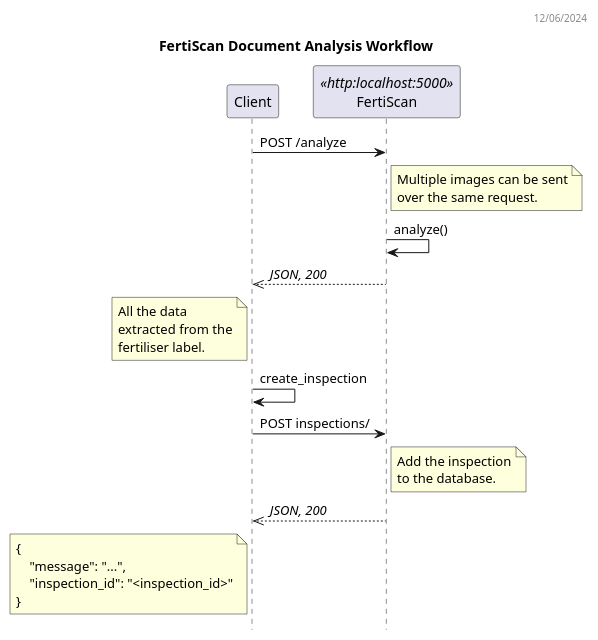
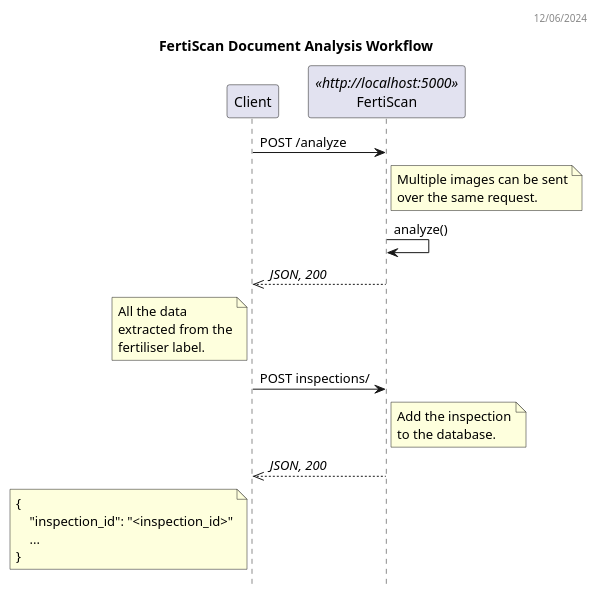
The diagram in docs/plantuml/workflow_dss.puml (ai-cfia/fertiscan-backend), drawn with PlantUML before and after one commit. The commit also changed 12 other files, not shown here.

Commit message:
Update README and PlantUML diagrams; remove obsolete inspection endpoints and add FertiScan pipeline details

```diff
--- a/docs/plantuml/workflow_dss.puml
+++ b/docs/plantuml/workflow_dss.puml
@@ -1,36 +1,35 @@
 @startuml FertiScan Sequence Diagram
 header 12/06/2024
 
 title FertiScan Document Analysis Workflow
 hide empty members
 hide footbox
 
 participant Client as FE
-participant FertiScan as BE <<http:localhost:5000>>
+participant FertiScan as BE <<http://localhost:5000>>
 
 FE -> BE: POST /analyze
 note right BE
   Multiple images can be sent
   over the same request.
 end note
 BE -> BE: analyze()
 FE <<-- BE: //JSON, 200//
 note left FE
   All the data
   extracted from the
   fertiliser label.
 end note
-FE -> FE: create_inspection
 FE -> BE: POST inspections/
 note right BE
   Add the inspection
   to the database.
 end note
 FE <<-- BE: //JSON, 200//
 note left FE
   {
-      "message": "...",
       "inspection_id": "<inspection_id>"
+      ...
   }  
 end note
 @enduml
```
